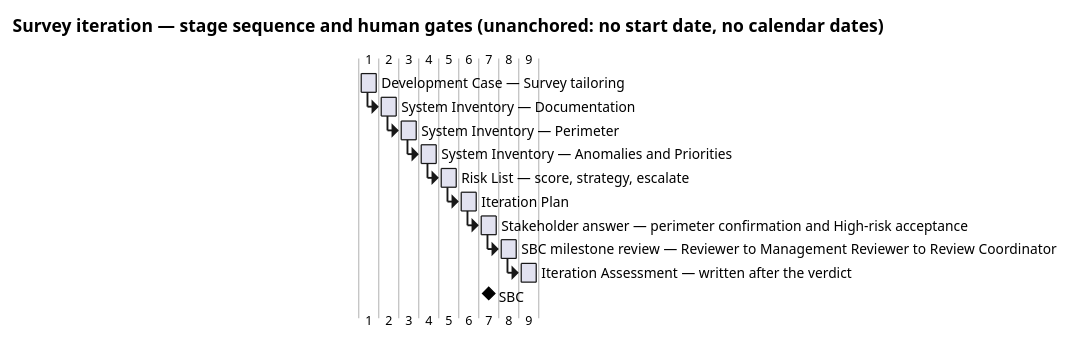
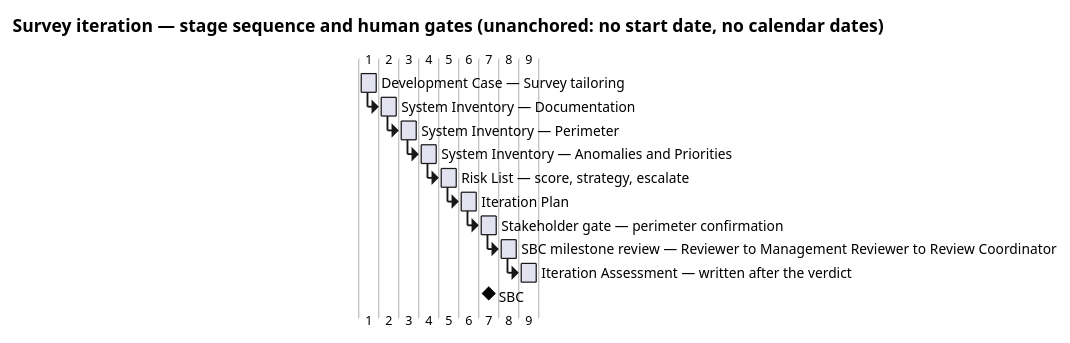
One commit to banense-test/TodoApp changed the second of 3 diagrams in docs/artifacts/project-management/iteration-plan.md. Above: the diagram before and after it, drawn with PlantUML. The commit also changed other lines of this file, not shown here.

Commit message:
Project Manager [Survey1]: upsert Iteration Plan
[skip ci]

````diff
--- a/docs/artifacts/project-management/iteration-plan.md
+++ b/docs/artifacts/project-management/iteration-plan.md
@@ -108,35 +109,35 @@
 ```plantuml
 @startgantt
 title Survey iteration — stage sequence and human gates (unanchored: no start date, no calendar dates)
 skinparam shadowing false
 
 [Development Case — Survey tailoring] lasts 1 day
 [System Inventory — Documentation] lasts 1 day
 [System Inventory — Perimeter] lasts 1 day
 [System Inventory — Anomalies and Priorities] lasts 1 day
 [Risk List — score, strategy, escalate] lasts 1 day
 [Iteration Plan] lasts 1 day
-[Stakeholder answer — perimeter confirmation and High-risk acceptance] lasts 1 day
+[Stakeholder gate — perimeter confirmation] lasts 1 day
 [SBC milestone review — Reviewer to Management Reviewer to Review Coordinator] lasts 1 day
 [Iteration Assessment — written after the verdict] lasts 1 day
 
 [System Inventory — Documentation] starts at [Development Case — Survey tailoring]'s end
 [System Inventory — Perimeter] starts at [System Inventory — Documentation]'s end
 [System Inventory — Anomalies and Priorities] starts at [System Inventory — Perimeter]'s end
 [Risk List — score, strategy, escalate] starts at [System Inventory — Anomalies and Priorities]'s end
 [Iteration Plan] starts at [Risk List — score, strategy, escalate]'s end
-[Stakeholder answer — perimeter confirmation and High-risk acceptance] starts at [Iteration Plan]'s end
-[SBC milestone review — Reviewer to Management Reviewer to Review Coordinator] starts at [Stakeholder answer — perimeter confirmation and High-risk acceptance]'s end
+[Stakeholder gate — perimeter confirmation] starts at [Iteration Plan]'s end
+[SBC milestone review — Reviewer to Management Reviewer to Review Coordinator] starts at [Stakeholder gate — perimeter confirmation]'s end
 [Iteration Assessment — written after the verdict] starts at [SBC milestone review — Reviewer to Management Reviewer to Review Coordinator]'s end
 
-[SBC] happens at [Stakeholder answer — perimeter confirmation and High-risk acceptance]'s end
+[SBC] happens at [Stakeholder gate — perimeter confirmation]'s end
 
 note bottom
   Bar length carries ordering only. No stage here has been measured,
   so no bar is a forecast of its duration: each stage ends when its
   exit condition passes.
-  The stakeholder answer is a human gate — days of queue time, ceiling
+  The stakeholder gate is a human wait — days of queue time, ceiling
   14 before the process suspends. It is a risk, never a forecast.
 end note
 @endgantt
 ```
````
